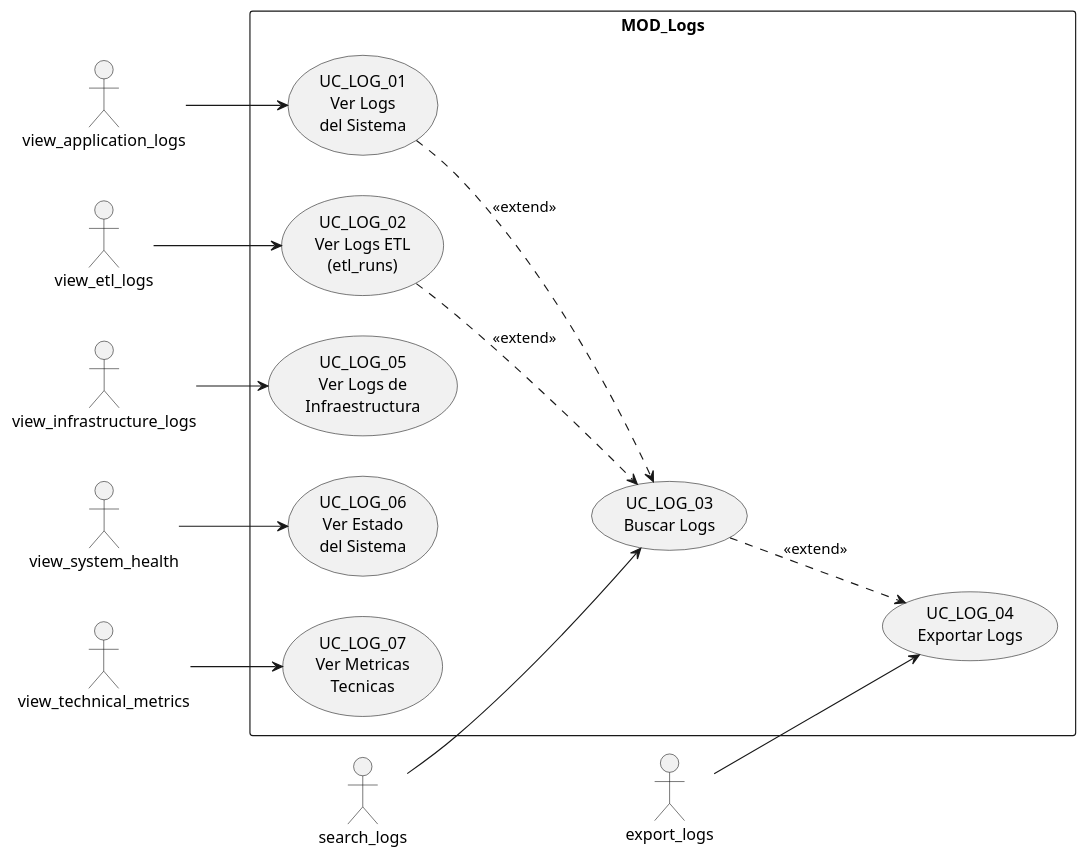
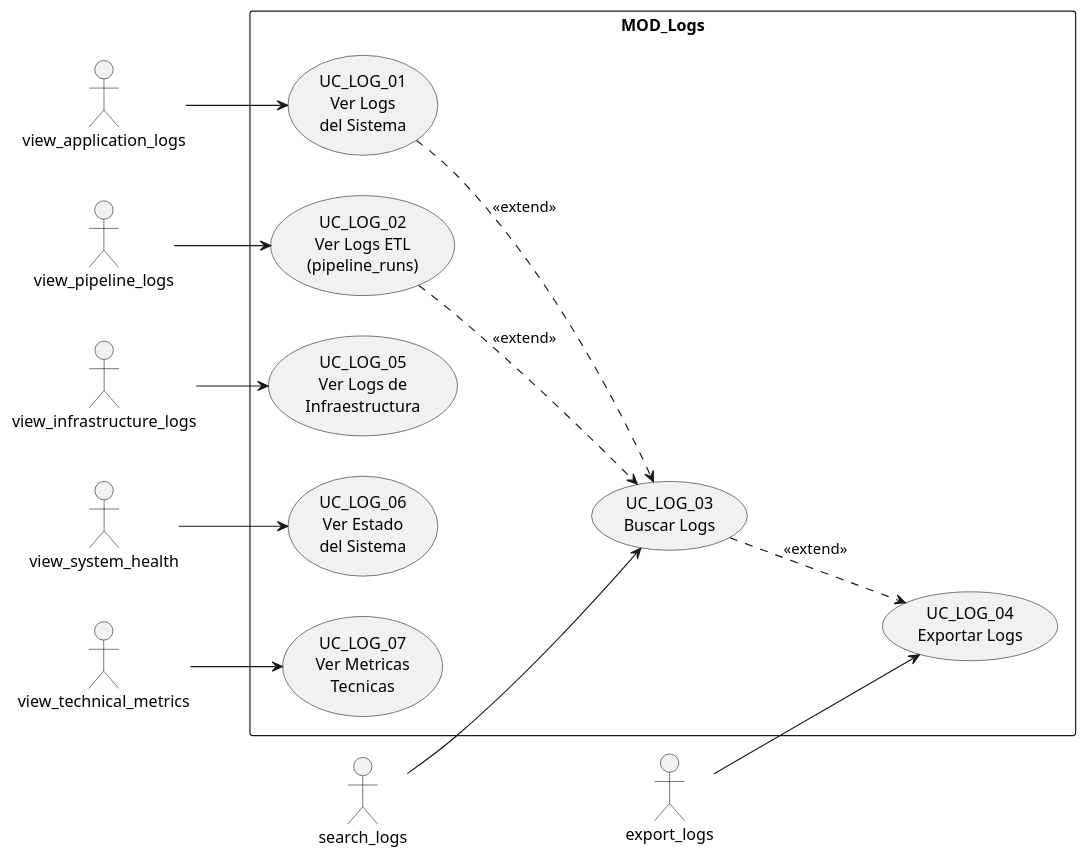
One commit to jcg-admin/IACT-docs changed the diagram in source/arquitectura-tecnica/use-case-view/uc-logs.rst. Above: the diagram before and after it, drawn with PlantUML. The commit also changed 96 other files, not shown here.

First line of the commit message:
Apply CNST-033: rename ETL→Pipeline in domain-model + sweep refs

```diff
--- a/source/arquitectura-tecnica/use-case-view/uc-logs.rst
+++ b/source/arquitectura-tecnica/use-case-view/uc-logs.rst
@@ -26,37 +26,37 @@
 .. uml::
  :caption: Figura 24 — MOD_Logs: casos de uso
 
  @startuml
  left to right direction
 
  actor "view_application_logs" as view_application_logs
- actor "view_etl_logs" as view_etl_logs
+ actor "view_pipeline_logs" as view_pipeline_logs
  actor "search_logs" as search_logs
  actor "export_logs" as export_logs
  actor "view_infrastructure_logs" as view_infrastructure_logs
  actor "view_system_health" as view_system_health
  actor "view_technical_metrics" as view_technical_metrics
 
  rectangle "MOD_Logs" {
    usecase "UC_LOG_01\nVer Logs\ndel Sistema" as VER_LOGS_SISTEMA
-   usecase "UC_LOG_02\nVer Logs ETL\n(etl_runs)" as VER_LOGS_ETL
+   usecase "UC_LOG_02\nVer Logs ETL\n(pipeline_runs)" as VER_LOGS_ETL
    usecase "UC_LOG_03\nBuscar Logs" as BUSCAR_LOGS
    usecase "UC_LOG_04\nExportar Logs" as EXPORTAR_LOGS
    usecase "UC_LOG_05\nVer Logs de\nInfraestructura" as VER_LOGS_INFRAESTRUCTURA
    usecase "UC_LOG_06\nVer Estado\ndel Sistema" as VER_ESTADO_SISTEMA
    usecase "UC_LOG_07\nVer Metricas\nTecnicas" as VER_METRICAS_TECNICAS
  }
 
  view_application_logs --> VER_LOGS_SISTEMA
- view_etl_logs --> VER_LOGS_ETL
+ view_pipeline_logs --> VER_LOGS_ETL
  search_logs --> BUSCAR_LOGS
  export_logs --> EXPORTAR_LOGS
  view_infrastructure_logs --> VER_LOGS_INFRAESTRUCTURA
  view_system_health --> VER_ESTADO_SISTEMA
  view_technical_metrics --> VER_METRICAS_TECNICAS
 
  VER_LOGS_SISTEMA ..> BUSCAR_LOGS : <<extend>>
  VER_LOGS_ETL ..> BUSCAR_LOGS : <<extend>>
  BUSCAR_LOGS ..> EXPORTAR_LOGS : <<extend>>
 
  @enduml
```
